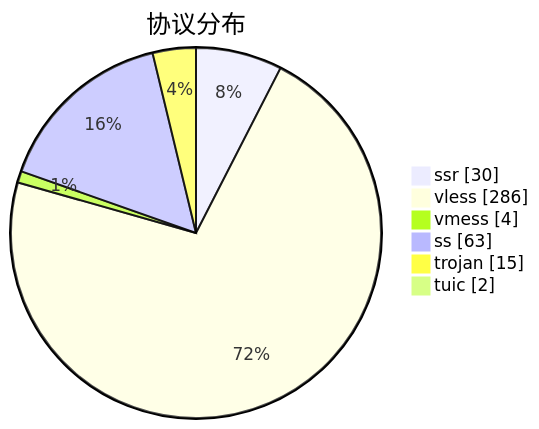
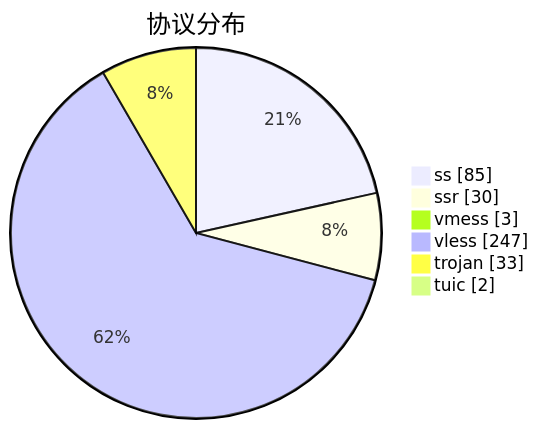
Before and after one commit to qjlxg/airport: the third of 3 diagrams in subs/statistics/tested_within.md, drawn with Mermaid. The commit also changed other lines of this file and 2 other files, not shown here.

````diff
--- a/subs/statistics/tested_within.md
+++ b/subs/statistics/tested_within.md
@@ -30,10 +26,10 @@
 ```mermaid
 pie showData
 title 协议分布
+"ss" : 85
 "ssr" : 30
-"vless" : 286
-"vmess" : 4
-"ss" : 63
-"trojan" : 15
+"vmess" : 3
+"vless" : 247
+"trojan" : 33
 "tuic" : 2
 ```
````
